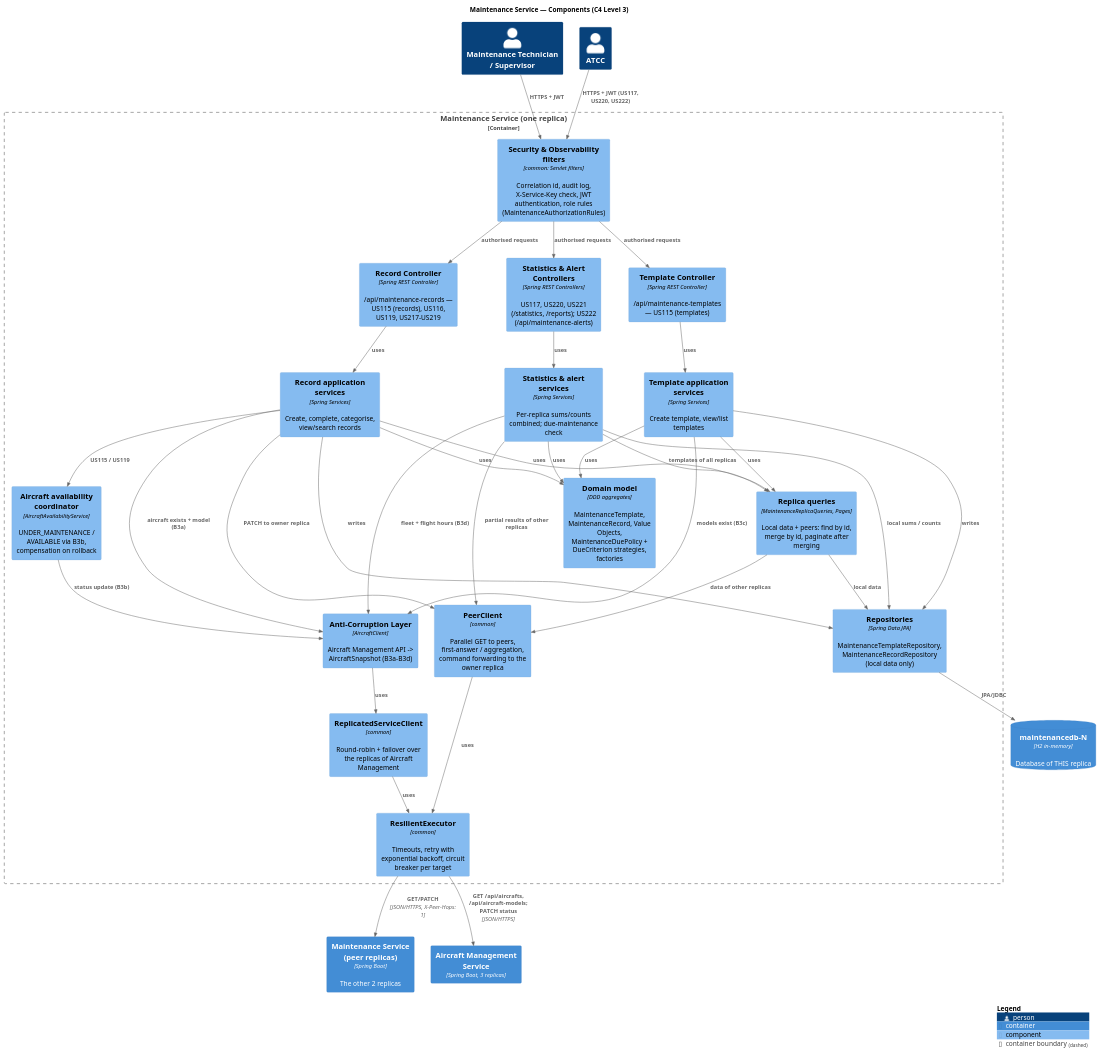
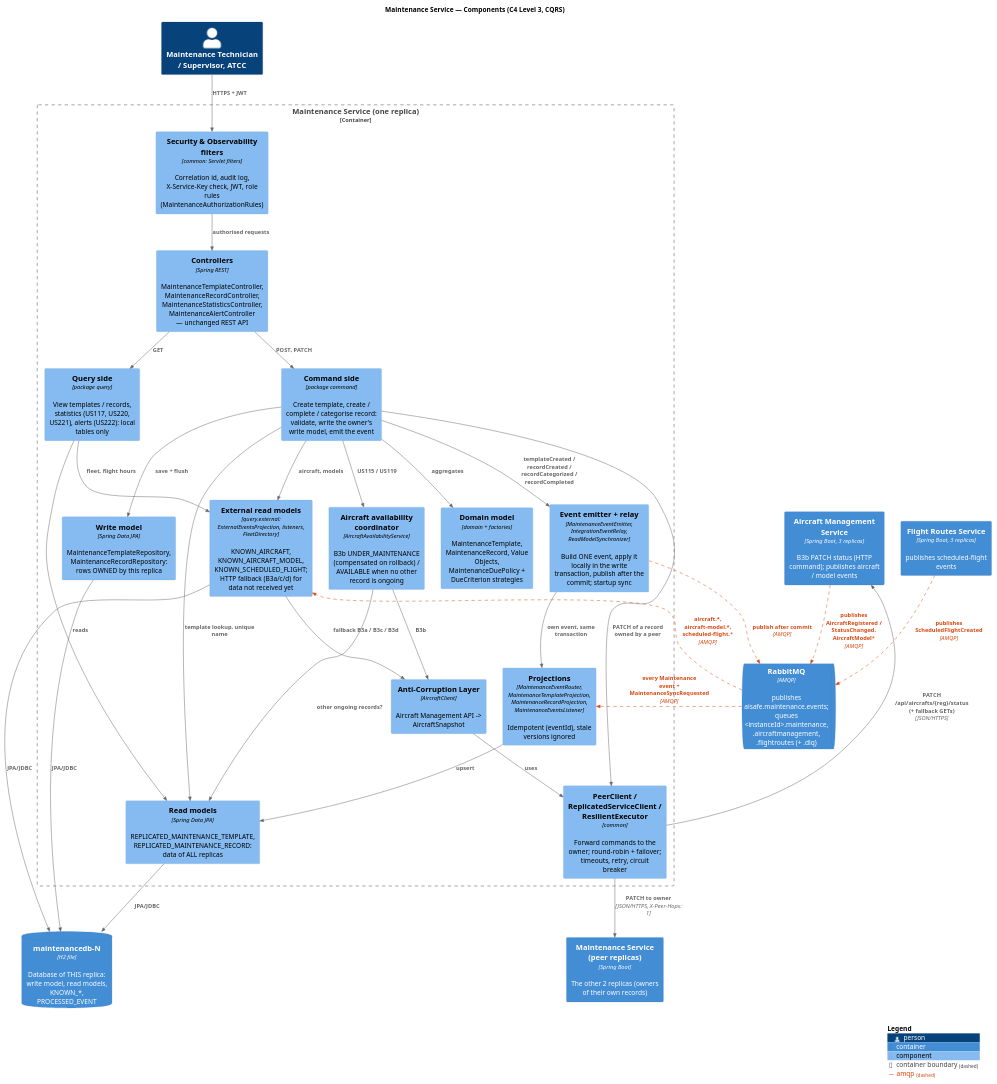
The diagram in docs/3-components/maintenance/puml/C4-L3-Maintenance-Components.puml (caetanotiago/Project_SIDIS), drawn with PlantUML before and after one commit. The commit also changed 43 other files, not shown here.

```diff
--- a/docs/3-components/maintenance/puml/C4-L3-Maintenance-Components.puml
+++ b/docs/3-components/maintenance/puml/C4-L3-Maintenance-Components.puml
@@ -1,64 +1,65 @@
 @startuml C4-L3-Maintenance-Components
 !include <C4/C4_Component>
 LAYOUT_TOP_DOWN()
-title Maintenance Service — Components (C4 Level 3)
+title Maintenance Service — Components (C4 Level 3, CQRS)
 
-Person(maint, "Maintenance Technician / Supervisor")
-Person(atcc, "ATCC")
-Container(peer, "Maintenance Service (peer replicas)", "Spring Boot", "The other 2 replicas")
-Container(am, "Aircraft Management Service", "Spring Boot, 3 replicas")
-ContainerDb(db, "maintenancedb-N", "H2 in-memory", "Database of THIS replica")
+AddRelTag("amqp", $lineColor="#d9480f", $textColor="#d9480f", $lineStyle=DashedLine())
+
+Person(users, "Maintenance Technician / Supervisor, ATCC")
+Container(peer, "Maintenance Service (peer replicas)", "Spring Boot", "The other 2 replicas (owners of their own records)")
+Container(am, "Aircraft Management Service", "Spring Boot, 3 replicas", "B3b PATCH status (HTTP command); publishes aircraft / model events")
+Container(fr, "Flight Routes Service", "Spring Boot, 3 replicas", "publishes scheduled-flight events")
+ContainerQueue(mq, "RabbitMQ", "AMQP", "publishes aisafe.maintenance.events; queues <instanceId>.maintenance, .aircraftmanagement, .flightroutes (+ .dlq)")
+ContainerDb(db, "maintenancedb-N", "H2 file", "Database of THIS replica: write model, read models, KNOWN_*, PROCESSED_EVENT")
 
 Container_Boundary(mt, "Maintenance Service (one replica)") {
-    Component(sec, "Security & Observability filters", "common: Servlet filters", "Correlation id, audit log, X-Service-Key check, JWT authentication, role rules (MaintenanceAuthorizationRules)")
-    Component(tplCtrl, "Template Controller", "Spring REST Controller", "/api/maintenance-templates — US115 (templates)")
-    Component(recCtrl, "Record Controller", "Spring REST Controller", "/api/maintenance-records — US115 (records), US116, US119, US217-US219")
-    Component(statCtrl, "Statistics & Alert Controllers", "Spring REST Controllers", "US117, US220, US221 (/statistics, /reports); US222 (/api/maintenance-alerts)")
-    Component(tplSvc, "Template application services", "Spring Services", "Create template, view/list templates")
-    Component(recSvc, "Record application services", "Spring Services", "Create, complete, categorise, view/search records")
-    Component(statSvc, "Statistics & alert services", "Spring Services", "Per-replica sums/counts combined; due-maintenance check")
-    Component(avail, "Aircraft availability coordinator", "AircraftAvailabilityService", "UNDER_MAINTENANCE / AVAILABLE via B3b, compensation on rollback")
-    Component(replicaQ, "Replica queries", "MaintenanceReplicaQueries, Pages", "Local data + peers: find by id, merge by id, paginate after merging")
-    Component(domain, "Domain model", "DDD aggregates", "MaintenanceTemplate, MaintenanceRecord, Value Objects, MaintenanceDuePolicy + DueCriterion strategies, factories")
-    Component(repos, "Repositories", "Spring Data JPA", "MaintenanceTemplateRepository, MaintenanceRecordRepository (local data only)")
-    Component(acl, "Anti-Corruption Layer", "AircraftClient", "Aircraft Management API -> AircraftSnapshot (B3a-B3d)")
-    Component(peerClient, "PeerClient", "common", "Parallel GET to peers, first-answer / aggregation, command forwarding to the owner replica")
-    Component(repClient, "ReplicatedServiceClient", "common", "Round-robin + failover over the replicas of Aircraft Management")
-    Component(resil, "ResilientExecutor", "common", "Timeouts, retry with exponential backoff, circuit breaker per target")
+    Component(sec, "Security & Observability filters", "common: Servlet filters", "Correlation id, audit log, X-Service-Key check, JWT, role rules (MaintenanceAuthorizationRules)")
+    Component(ctrl, "Controllers", "Spring REST", "MaintenanceTemplateController, MaintenanceRecordController, MaintenanceStatisticsController, MaintenanceAlertController — unchanged REST API")
+
+    Component(cmd, "Command side", "package command", "Create template, create / complete / categorise record: validate, write the owner's write model, emit the event")
+    Component(avail, "Aircraft availability coordinator", "AircraftAvailabilityService", "B3b UNDER_MAINTENANCE (compensated on rollback) / AVAILABLE when no other record is ongoing")
+    Component(emitter, "Event emitter + relay", "MaintenanceEventEmitter, IntegrationEventRelay, ReadModelSynchronizer", "Build ONE event, apply it locally in the write transaction, publish after the commit; startup sync")
+    Component(writeRepo, "Write model", "Spring Data JPA", "MaintenanceTemplateRepository, MaintenanceRecordRepository: rows OWNED by this replica")
+
+    Component(qry, "Query side", "package query", "View templates / records, statistics (US117, US220, US221), alerts (US222): local tables only")
+    Component(proj, "Projections", "MaintenanceEventRouter, MaintenanceTemplateProjection, MaintenanceRecordProjection, MaintenanceEventsListener", "Idempotent (eventId), stale versions ignored")
+    Component(readRepo, "Read models", "Spring Data JPA", "REPLICATED_MAINTENANCE_TEMPLATE, REPLICATED_MAINTENANCE_RECORD: data of ALL replicas")
+
+    Component(ext, "External read models", "query.external: ExternalEventsProjection, listeners, FleetDirectory", "KNOWN_AIRCRAFT, KNOWN_AIRCRAFT_MODEL, KNOWN_SCHEDULED_FLIGHT; HTTP fallback (B3a/c/d) for data not received yet")
+    Component(acl, "Anti-Corruption Layer", "AircraftClient", "Aircraft Management API -> AircraftSnapshot")
+    Component(domain, "Domain model", "domain + factories", "MaintenanceTemplate, MaintenanceRecord, Value Objects, MaintenanceDuePolicy + DueCriterion strategies")
+    Component(peerClient, "PeerClient / ReplicatedServiceClient / ResilientExecutor", "common", "Forward commands to the owner; round-robin + failover; timeouts, retry, circuit breaker")
 }
 
-Rel(maint, sec, "HTTPS + JWT")
-Rel(atcc, sec, "HTTPS + JWT (US117, US220, US222)")
-Rel(sec, tplCtrl, "authorised requests")
-Rel(sec, recCtrl, "authorised requests")
-Rel(sec, statCtrl, "authorised requests")
-Rel(tplCtrl, tplSvc, "uses")
-Rel(recCtrl, recSvc, "uses")
-Rel(statCtrl, statSvc, "uses")
-Rel(recSvc, avail, "US115 / US119")
-Rel(tplSvc, domain, "uses")
-Rel(recSvc, domain, "uses")
-Rel(statSvc, domain, "uses")
-Rel(tplSvc, replicaQ, "uses")
-Rel(recSvc, replicaQ, "uses")
-Rel(statSvc, replicaQ, "templates of all replicas")
-Rel(replicaQ, repos, "local data")
-Rel(tplSvc, repos, "writes")
-Rel(recSvc, repos, "writes")
-Rel(statSvc, repos, "local sums / counts")
-Rel(repos, db, "JPA/JDBC")
-Rel(replicaQ, peerClient, "data of other replicas")
-Rel(statSvc, peerClient, "partial results of other replicas")
-Rel(recSvc, peerClient, "PATCH to owner replica")
-Rel(tplSvc, acl, "models exist (B3c)")
-Rel(recSvc, acl, "aircraft exists + model (B3a)")
-Rel(avail, acl, "status update (B3b)")
-Rel(statSvc, acl, "fleet + flight hours (B3d)")
-Rel(acl, repClient, "uses")
-Rel(peerClient, resil, "uses")
-Rel(repClient, resil, "uses")
-Rel(resil, peer, "GET/PATCH", "JSON/HTTPS, X-Peer-Hops: 1")
-Rel(resil, am, "GET /api/aircrafts, /api/aircraft-models; PATCH status", "JSON/HTTPS")
+Rel(users, sec, "HTTPS + JWT")
+Rel(sec, ctrl, "authorised requests")
+Rel(ctrl, cmd, "POST, PATCH")
+Rel(ctrl, qry, "GET")
+Rel(cmd, domain, "aggregates")
+Rel(cmd, writeRepo, "save + flush")
+Rel(cmd, readRepo, "template lookup, unique name")
+Rel(cmd, ext, "aircraft, models")
+Rel(cmd, avail, "US115 / US119")
+Rel(cmd, peerClient, "PATCH of a record owned by a peer")
+Rel(cmd, emitter, "templateCreated / recordCreated / recordCategorized / recordCompleted")
+Rel(emitter, proj, "own event, same transaction")
+Rel(emitter, mq, "publish after commit", "AMQP", $tags="amqp")
+Rel(mq, proj, "every Maintenance event + MaintenanceSyncRequested", "AMQP", $tags="amqp")
+Rel(mq, ext, "aircraft.*, aircraft-model.*, scheduled-flight.*", "AMQP", $tags="amqp")
+Rel(am, mq, "publishes AircraftRegistered / StatusChanged, AircraftModel*", "AMQP", $tags="amqp")
+Rel(fr, mq, "publishes ScheduledFlightCreated", "AMQP", $tags="amqp")
+Rel(proj, readRepo, "upsert")
+Rel(qry, readRepo, "reads")
+Rel(qry, ext, "fleet, flight hours")
+Rel(avail, readRepo, "other ongoing records?")
+Rel(avail, acl, "B3b")
+Rel(ext, acl, "fallback B3a / B3c / B3d")
+Rel(acl, peerClient, "uses")
+Rel(peerClient, am, "PATCH /api/aircrafts/{reg}/status (+ fallback GETs)", "JSON/HTTPS")
+Rel(peerClient, peer, "PATCH to owner", "JSON/HTTPS, X-Peer-Hops: 1")
+Rel(writeRepo, db, "JPA/JDBC")
+Rel(readRepo, db, "JPA/JDBC")
+Rel(ext, db, "JPA/JDBC")
 
 SHOW_LEGEND()
 @enduml
```
